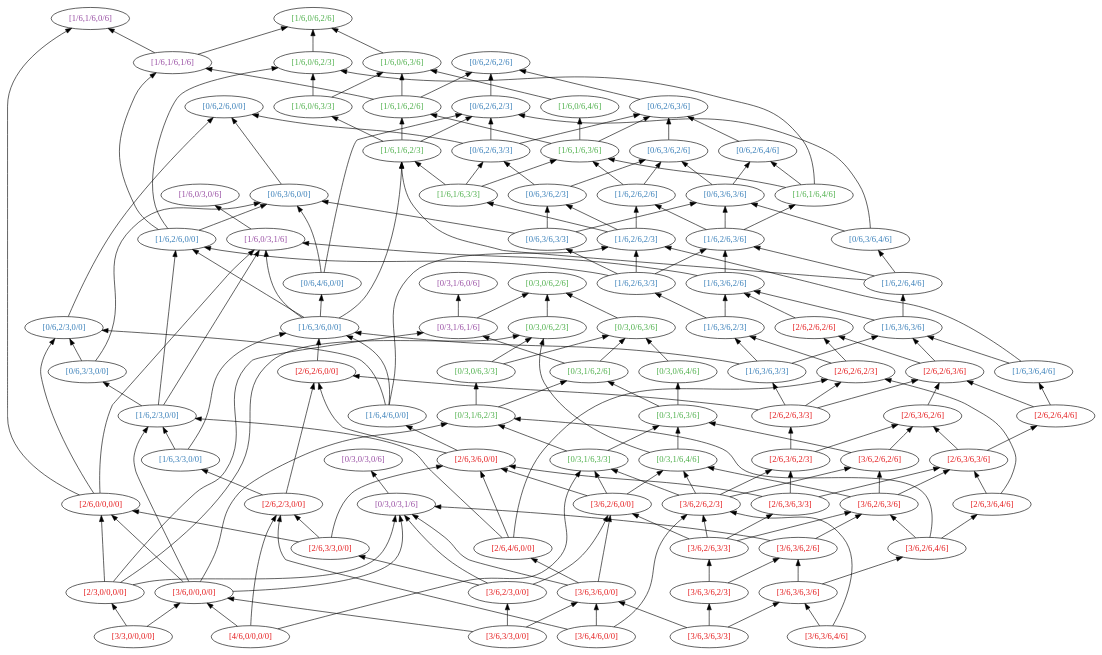
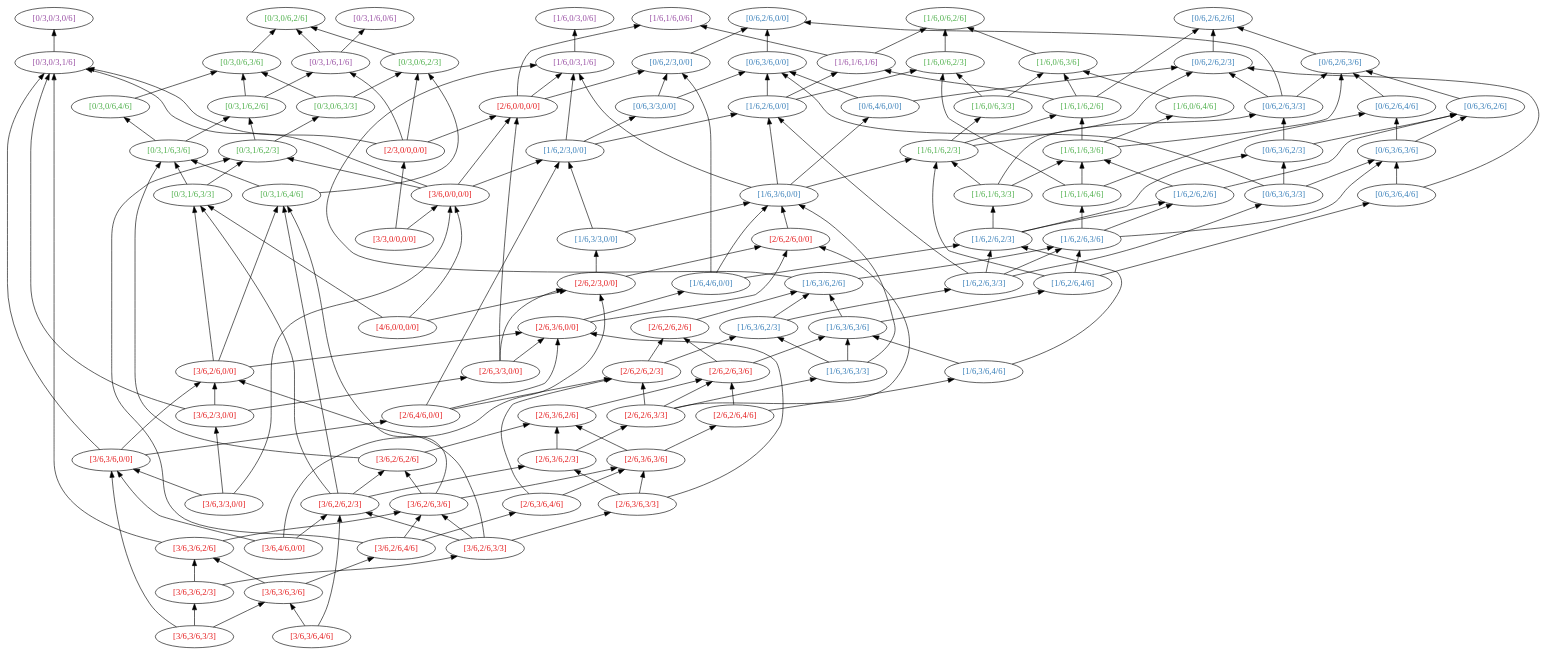
One commit to Precisfice/DEDUCTION changed the diagram in HasseD3.dot. Above: the diagram before and after it, drawn with Graphviz. The commit also changed other lines of this file and 2 other files, not shown here.

```diff
--- a/HasseD3.dot
+++ b/HasseD3.dot
@@ -2,127 +2,127 @@
   rankdir=BT;
   node [colorscheme=set14, fontname="Helvetica:bold"];
   { rank=same;
-    "[1/6,0/6,2/6]" [fontcolor=3];
-    "[1/6,1/6,0/6]" [fontcolor=4];
+    "[3/6,3/6,4/6]" [fontcolor=1];
+    "[3/6,3/6,3/3]" [fontcolor=1];
   }
   { rank=same;
-    "[0/6,2/6,2/6]" [fontcolor=2];
-    "[1/6,0/6,2/3]" [fontcolor=3];
-    "[1/6,0/6,3/6]" [fontcolor=3];
-    "[1/6,1/6,1/6]" [fontcolor=4];
+    "[3/6,3/6,3/6]" [fontcolor=1];
+    "[3/6,3/6,2/3]" [fontcolor=1];
   }
   { rank=same;
-    "[0/6,2/6,0/0]" [fontcolor=2];
-    "[0/6,2/6,2/3]" [fontcolor=2];
-    "[0/6,2/6,3/6]" [fontcolor=2];
-    "[1/6,0/6,3/3]" [fontcolor=3];
-    "[1/6,0/6,4/6]" [fontcolor=3];
-    "[1/6,1/6,2/6]" [fontcolor=3];
+    "[3/6,4/6,0/0]" [fontcolor=1];
+    "[3/6,3/6,2/6]" [fontcolor=1];
+    "[3/6,2/6,4/6]" [fontcolor=1];
+    "[3/6,2/6,3/3]" [fontcolor=1];
   }
   { rank=same;
-    "[0/6,2/6,3/3]" [fontcolor=2];
-    "[0/6,2/6,4/6]" [fontcolor=2];
-    "[0/6,3/6,2/6]" [fontcolor=2];
-    "[1/6,1/6,2/3]" [fontcolor=3];
-    "[1/6,1/6,3/6]" [fontcolor=3];
+    "[3/6,3/3,0/0]" [fontcolor=1];
+    "[3/6,2/6,3/6]" [fontcolor=1];
+    "[3/6,2/6,2/3]" [fontcolor=1];
+    "[2/6,3/6,4/6]" [fontcolor=1];
+    "[2/6,3/6,3/3]" [fontcolor=1];
   }
   { rank=same;
-    "[0/6,3/6,0/0]" [fontcolor=2];
-    "[0/6,3/6,2/3]" [fontcolor=2];
-    "[0/6,3/6,3/6]" [fontcolor=2];
-    "[1/6,0/3,0/6]" [fontcolor=4];
-    "[1/6,1/6,3/3]" [fontcolor=3];
-    "[1/6,1/6,4/6]" [fontcolor=3];
-    "[1/6,2/6,2/6]" [fontcolor=2];
+    "[3/6,3/6,0/0]" [fontcolor=1];
+    "[3/6,2/6,2/6]" [fontcolor=1];
+    "[2/6,3/6,3/6]" [fontcolor=1];
+    "[2/6,3/6,2/3]" [fontcolor=1];
   }
   { rank=same;
-    "[0/6,3/6,3/3]" [fontcolor=2];
-    "[0/6,3/6,4/6]" [fontcolor=2];
-    "[1/6,0/3,1/6]" [fontcolor=4];
-    "[1/6,2/6,0/0]" [fontcolor=2];
-    "[1/6,2/6,2/3]" [fontcolor=2];
-    "[1/6,2/6,3/6]" [fontcolor=2];
+    "[3/6,2/3,0/0]" [fontcolor=1];
+    "[2/6,4/6,0/0]" [fontcolor=1];
+    "[2/6,3/6,2/6]" [fontcolor=1];
+    "[2/6,2/6,4/6]" [fontcolor=1];
+    "[2/6,2/6,3/3]" [fontcolor=1];
   }
   { rank=same;
-    "[0/3,0/6,2/6]" [fontcolor=3];
-    "[0/3,1/6,0/6]" [fontcolor=4];
-    "[0/6,4/6,0/0]" [fontcolor=2];
-    "[1/6,2/6,3/3]" [fontcolor=2];
-    "[1/6,2/6,4/6]" [fontcolor=2];
-    "[1/6,3/6,2/6]" [fontcolor=2];
+    "[3/6,2/6,0/0]" [fontcolor=1];
+    "[2/6,3/3,0/0]" [fontcolor=1];
+    "[2/6,2/6,3/6]" [fontcolor=1];
+    "[2/6,2/6,2/3]" [fontcolor=1];
+    "[1/6,3/6,4/6]" [fontcolor=2];
+    "[1/6,3/6,3/3]" [fontcolor=2];
   }
   { rank=same;
-    "[0/3,0/6,2/3]" [fontcolor=3];
-    "[0/3,0/6,3/6]" [fontcolor=3];
-    "[0/3,1/6,1/6]" [fontcolor=4];
-    "[0/6,2/3,0/0]" [fontcolor=2];
-    "[1/6,3/6,0/0]" [fontcolor=2];
+    "[4/6,0/0,0/0]" [fontcolor=1];
+    "[2/6,3/6,0/0]" [fontcolor=1];
+    "[2/6,2/6,2/6]" [fontcolor=1];
+    "[1/6,3/6,3/6]" [fontcolor=2];
     "[1/6,3/6,2/3]" [fontcolor=2];
-    "[1/6,3/6,3/6]" [fontcolor=2];
-    "[2/6,2/6,2/6]" [fontcolor=1];
   }
   { rank=same;
-    "[0/3,0/6,3/3]" [fontcolor=3];
-    "[0/3,0/6,4/6]" [fontcolor=3];
-    "[0/3,1/6,2/6]" [fontcolor=3];
-    "[0/6,3/3,0/0]" [fontcolor=2];
-    "[1/6,3/6,3/3]" [fontcolor=2];
-    "[1/6,3/6,4/6]" [fontcolor=2];
-    "[2/6,2/6,0/0]" [fontcolor=1];
-    "[2/6,2/6,2/3]" [fontcolor=1];
-    "[2/6,2/6,3/6]" [fontcolor=1];
+    "[2/6,2/3,0/0]" [fontcolor=1];
+    "[1/6,4/6,0/0]" [fontcolor=2];
+    "[1/6,3/6,2/6]" [fontcolor=2];
+    "[1/6,2/6,4/6]" [fontcolor=2];
+    "[1/6,2/6,3/3]" [fontcolor=2];
   }
   { rank=same;
-    "[0/3,1/6,2/3]" [fontcolor=3];
-    "[0/3,1/6,3/6]" [fontcolor=3];
-    "[1/6,2/3,0/0]" [fontcolor=2];
-    "[1/6,4/6,0/0]" [fontcolor=2];
-    "[2/6,2/6,3/3]" [fontcolor=1];
-    "[2/6,2/6,4/6]" [fontcolor=1];
-    "[2/6,3/6,2/6]" [fontcolor=1];
+    "[3/3,0/0,0/0]" [fontcolor=1];
+    "[2/6,2/6,0/0]" [fontcolor=1];
+    "[1/6,3/3,0/0]" [fontcolor=2];
+    "[1/6,2/6,3/6]" [fontcolor=2];
+    "[1/6,2/6,2/3]" [fontcolor=2];
   }
   { rank=same;
-    "[0/3,0/3,0/6]" [fontcolor=4];
+    "[3/6,0/0,0/0]" [fontcolor=1];
+    "[1/6,3/6,0/0]" [fontcolor=2];
+    "[1/6,2/6,2/6]" [fontcolor=2];
+    "[1/6,1/6,4/6]" [fontcolor=3];
+    "[1/6,1/6,3/3]" [fontcolor=3];
+    "[0/6,3/6,4/6]" [fontcolor=2];
+    "[0/6,3/6,3/3]" [fontcolor=2];
+    "[0/3,1/6,4/6]" [fontcolor=3];
     "[0/3,1/6,3/3]" [fontcolor=3];
-    "[0/3,1/6,4/6]" [fontcolor=3];
-    "[1/6,3/3,0/0]" [fontcolor=2];
-    "[2/6,3/6,0/0]" [fontcolor=1];
-    "[2/6,3/6,2/3]" [fontcolor=1];
-    "[2/6,3/6,3/6]" [fontcolor=1];
-    "[3/6,2/6,2/6]" [fontcolor=1];
-  }
-  { rank=same;
-    "[0/3,0/3,1/6]" [fontcolor=4];
-    "[2/6,0/0,0/0]" [fontcolor=1];
-    "[2/6,2/3,0/0]" [fontcolor=1];
-    "[2/6,3/6,3/3]" [fontcolor=1];
-    "[2/6,3/6,4/6]" [fontcolor=1];
-    "[3/6,2/6,0/0]" [fontcolor=1];
-    "[3/6,2/6,2/3]" [fontcolor=1];
-    "[3/6,2/6,3/6]" [fontcolor=1];
-  }
-  { rank=same;
-    "[2/6,3/3,0/0]" [fontcolor=1];
-    "[2/6,4/6,0/0]" [fontcolor=1];
-    "[3/6,2/6,3/3]" [fontcolor=1];
-    "[3/6,2/6,4/6]" [fontcolor=1];
-    "[3/6,3/6,2/6]" [fontcolor=1];
   }
   { rank=same;
     "[2/3,0/0,0/0]" [fontcolor=1];
-    "[3/6,0/0,0/0]" [fontcolor=1];
-    "[3/6,2/3,0/0]" [fontcolor=1];
-    "[3/6,3/6,0/0]" [fontcolor=1];
-    "[3/6,3/6,2/3]" [fontcolor=1];
-    "[3/6,3/6,3/6]" [fontcolor=1];
+    "[1/6,2/3,0/0]" [fontcolor=2];
+    "[1/6,1/6,3/6]" [fontcolor=3];
+    "[1/6,1/6,2/3]" [fontcolor=3];
+    "[0/6,3/6,3/6]" [fontcolor=2];
+    "[0/6,3/6,2/3]" [fontcolor=2];
+    "[0/3,1/6,3/6]" [fontcolor=3];
+    "[0/3,1/6,2/3]" [fontcolor=3];
   }
   { rank=same;
-    "[3/3,0/0,0/0]" [fontcolor=1];
-    "[3/6,3/3,0/0]" [fontcolor=1];
-    "[3/6,3/6,3/3]" [fontcolor=1];
-    "[3/6,3/6,4/6]" [fontcolor=1];
-    "[3/6,4/6,0/0]" [fontcolor=1];
-    "[4/6,0/0,0/0]" [fontcolor=1];
+    "[2/6,0/0,0/0]" [fontcolor=1];
+    "[1/6,2/6,0/0]" [fontcolor=2];
+    "[1/6,1/6,2/6]" [fontcolor=3];
+    "[1/6,0/6,4/6]" [fontcolor=3];
+    "[1/6,0/6,3/3]" [fontcolor=3];
+    "[0/6,4/6,0/0]" [fontcolor=2];
+    "[0/6,3/6,2/6]" [fontcolor=2];
+    "[0/6,3/3,0/0]" [fontcolor=2];
+    "[0/6,2/6,4/6]" [fontcolor=2];
+    "[0/6,2/6,3/3]" [fontcolor=2];
+    "[0/3,1/6,2/6]" [fontcolor=3];
+    "[0/3,0/6,4/6]" [fontcolor=3];
+    "[0/3,0/6,3/3]" [fontcolor=3];
+  }
+  { rank=same;
+    "[1/6,1/6,1/6]" [fontcolor=4];
+    "[1/6,0/6,3/6]" [fontcolor=3];
+    "[1/6,0/6,2/3]" [fontcolor=3];
+    "[1/6,0/3,1/6]" [fontcolor=4];
+    "[0/6,3/6,0/0]" [fontcolor=2];
+    "[0/6,2/6,3/6]" [fontcolor=2];
+    "[0/6,2/6,2/3]" [fontcolor=2];
+    "[0/6,2/3,0/0]" [fontcolor=2];
+    "[0/3,1/6,1/6]" [fontcolor=4];
+    "[0/3,0/6,3/6]" [fontcolor=3];
+    "[0/3,0/6,2/3]" [fontcolor=3];
+    "[0/3,0/3,1/6]" [fontcolor=4];
+  }
+  { rank=same;
+    "[1/6,1/6,0/6]" [fontcolor=4];
+    "[1/6,0/6,2/6]" [fontcolor=3];
+    "[1/6,0/3,0/6]" [fontcolor=4];
+    "[0/6,2/6,2/6]" [fontcolor=2];
+    "[0/6,2/6,0/0]" [fontcolor=2];
+    "[0/3,1/6,0/6]" [fontcolor=4];
+    "[0/3,0/6,2/6]" [fontcolor=3];
+    "[0/3,0/3,0/6]" [fontcolor=4];
   }
   "[4/6,0/0,0/0]" -> "[3/6,0/0,0/0]";
   "[4/6,0/0,0/0]" -> "[2/6,2/3,0/0]";
```
